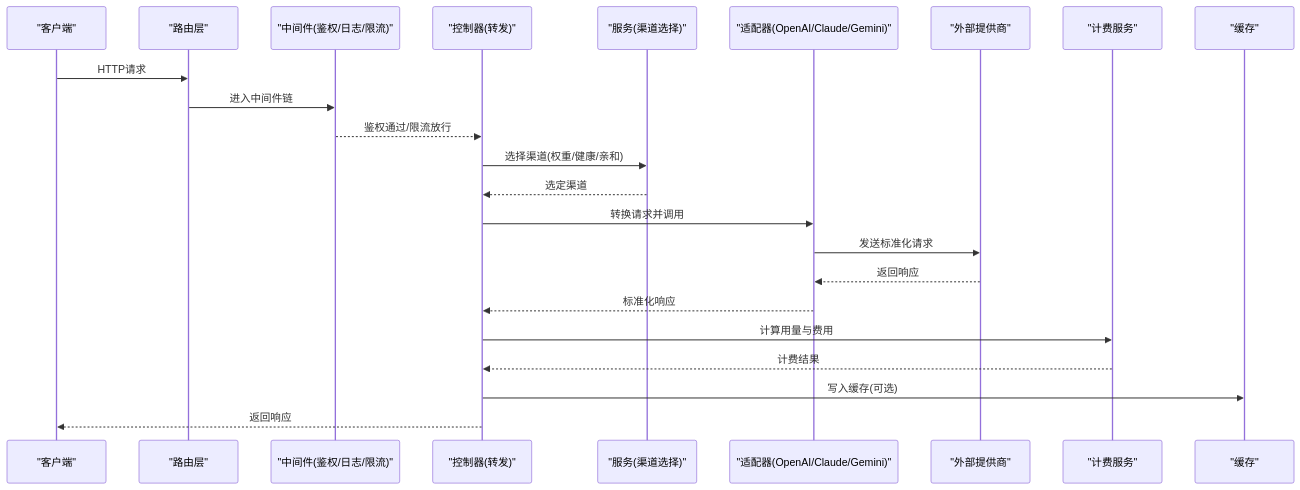
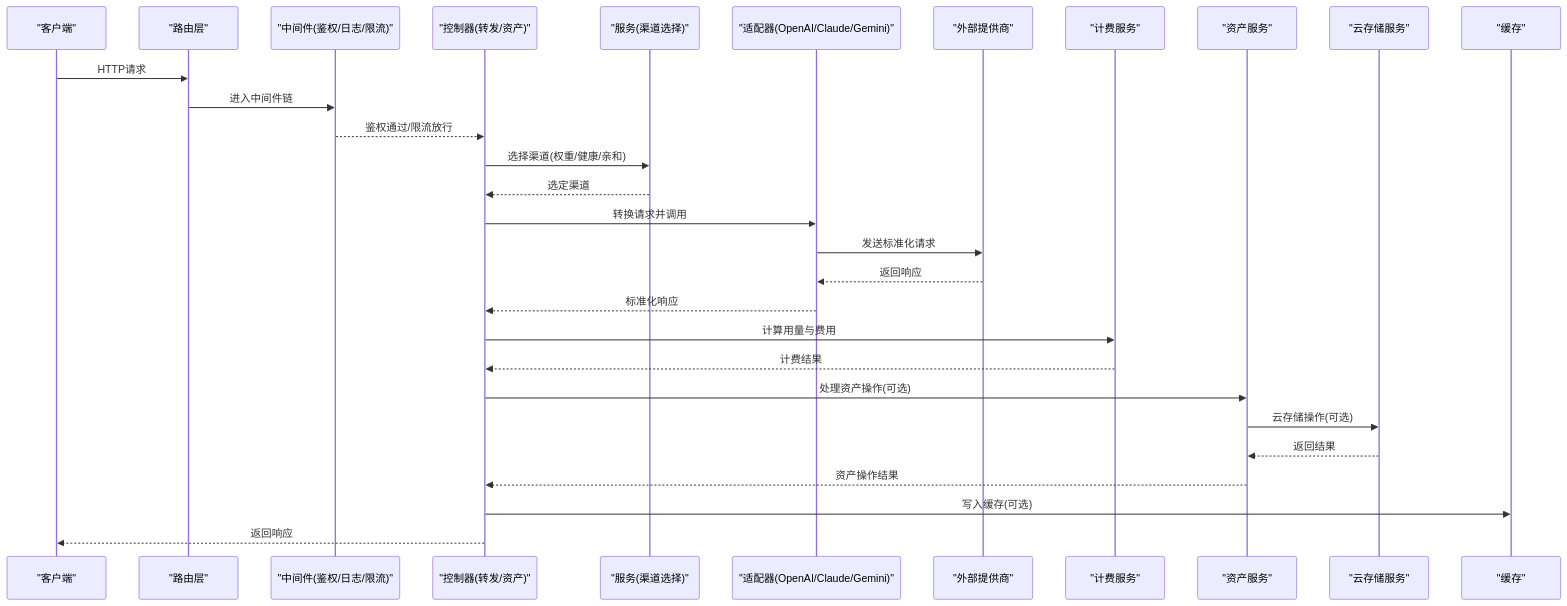
One commit to zhaodechao2008/new-api changed the second of 13 diagrams in .qoder/repowiki/zh/content/项目概览/核心特性/核心特性.md. Above: the diagram before and after it, drawn with Mermaid. The commit also changed other lines of this file and 274 other files, not shown here.

````diff
--- a/.qoder/repowiki/zh/content/项目概览/核心特性/核心特性.md
+++ b/.qoder/repowiki/zh/content/项目概览/核心特性/核心特性.md
@@ -116,25 +136,31 @@
 ```mermaid
 sequenceDiagram
 participant C as "客户端"
 participant R as "路由层"
 participant M as "中间件(鉴权/日志/限流)"
-participant Ctrl as "控制器(转发)"
+participant Ctrl as "控制器(转发/资产)"
 participant Sel as "服务(渠道选择)"
 participant Ad as "适配器(OpenAI/Claude/Gemini)"
 participant Prov as "外部提供商"
 participant Bill as "计费服务"
+participant Asset as "资产服务"
+participant Cloud as "云存储服务"
 participant Cache as "缓存"
 C->>R : HTTP请求
 R->>M : 进入中间件链
 M-->>Ctrl : 鉴权通过/限流放行
 Ctrl->>Sel : 选择渠道(权重/健康/亲和)
 Sel-->>Ctrl : 选定渠道
 Ctrl->>Ad : 转换请求并调用
 Ad->>Prov : 发送标准化请求
 Prov-->>Ad : 返回响应
 Ad-->>Ctrl : 标准化响应
 Ctrl->>Bill : 计算用量与费用
 Bill-->>Ctrl : 计费结果
+Ctrl->>Asset : 处理资产操作(可选)
+Asset->>Cloud : 云存储操作(可选)
+Cloud-->>Asset : 返回结果
+Asset-->>Ctrl : 资产操作结果
 Ctrl->>Cache : 写入缓存(可选)
 Ctrl-->>C : 返回响应
 ```
````
